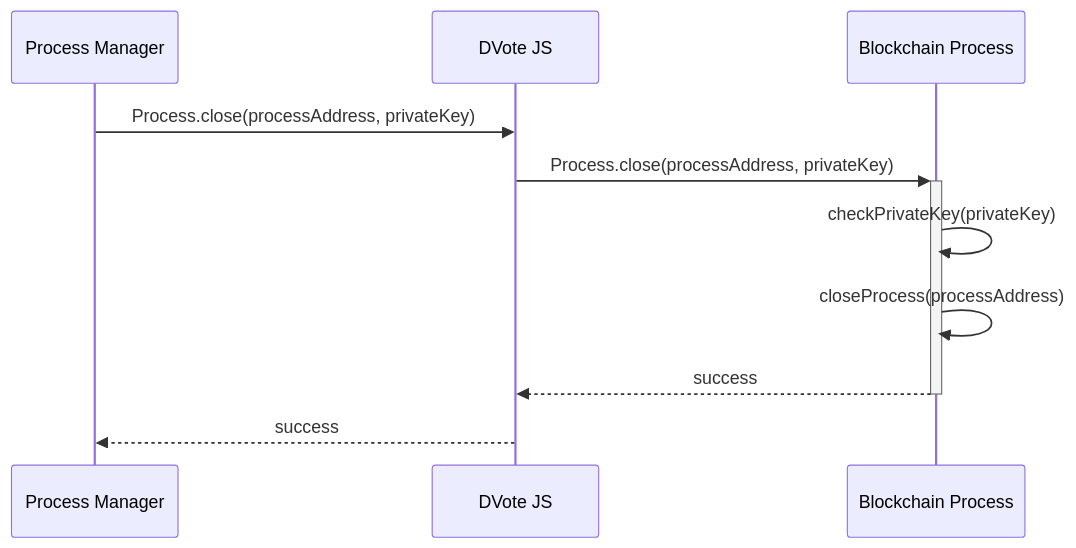
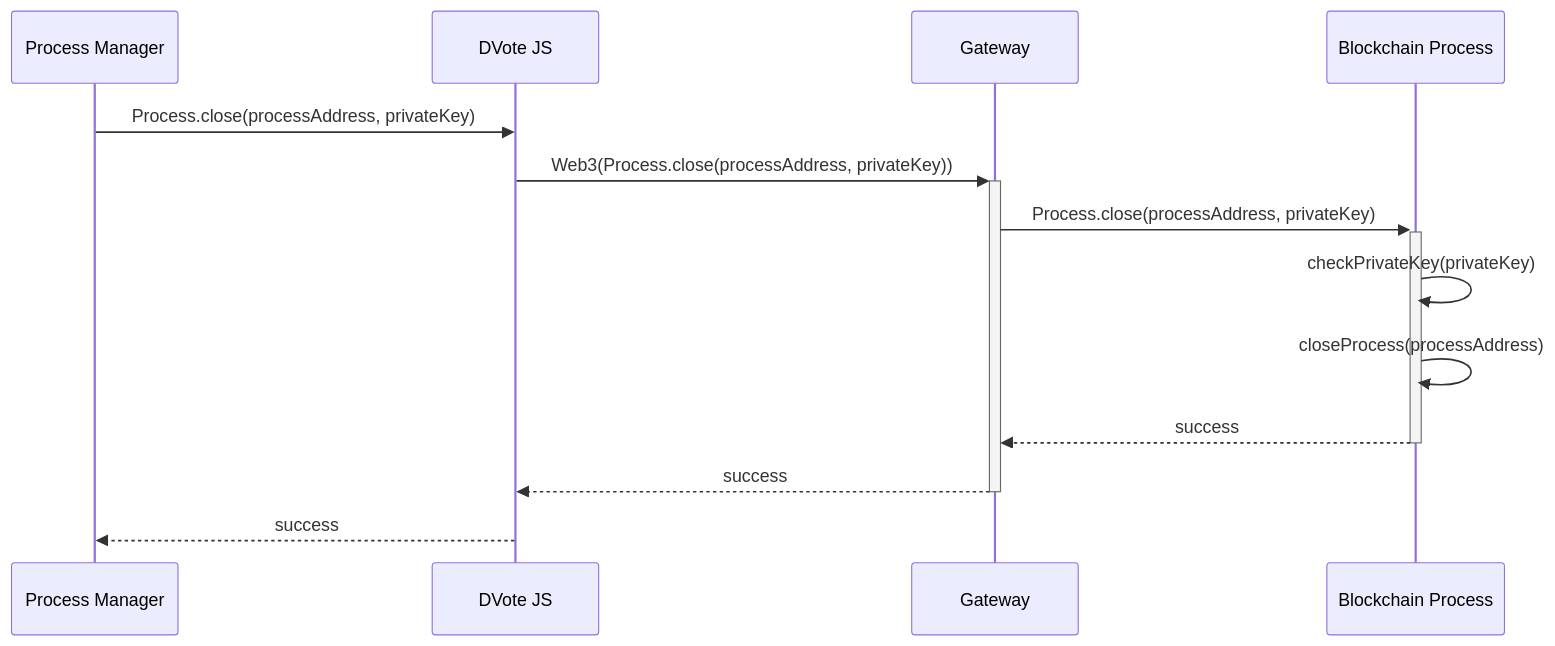
Before and after one commit to vocdoni/docs: diagram 14 of 15 in docs/protocol/sequence-diagrams.md, drawn with Mermaid. The commit also changed other lines of this file, not shown here.

Commit message:
modified sequence diagrams to include gateway dependency

````diff
--- a/docs/protocol/sequence-diagrams.md
+++ b/docs/protocol/sequence-diagrams.md
@@ -511,17 +551,20 @@
 ```mermaid
 sequenceDiagram
     participant PM as Process Manager
     participant DV as DVote JS
+    participant GW as Gateway
     participant BC as Blockchain Process
 
     PM->>DV: Process.close(processAddress, privateKey)
 
-        DV->>+BC: Process.close(processAddress, privateKey)
+        DV->>+GW: Web3(Process.close(processAddress, privateKey))
+        GW->>+BC: Process.close(processAddress, privateKey)
 
             BC->>BC: checkPrivateKey(privateKey)
             BC->>BC: closeProcess(processAddress)
 
-        BC-->>-DV: success
+        BC-->>-GW: success
+        GW-->>-DV: success
 
     DV-->>PM: success
 ```
````
